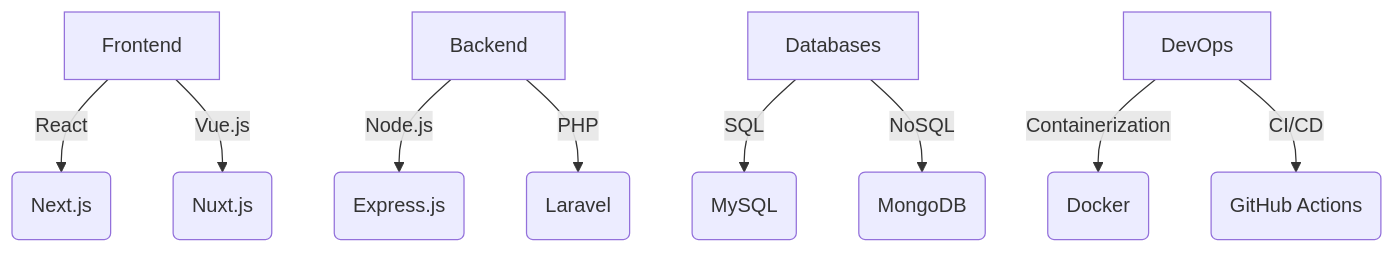
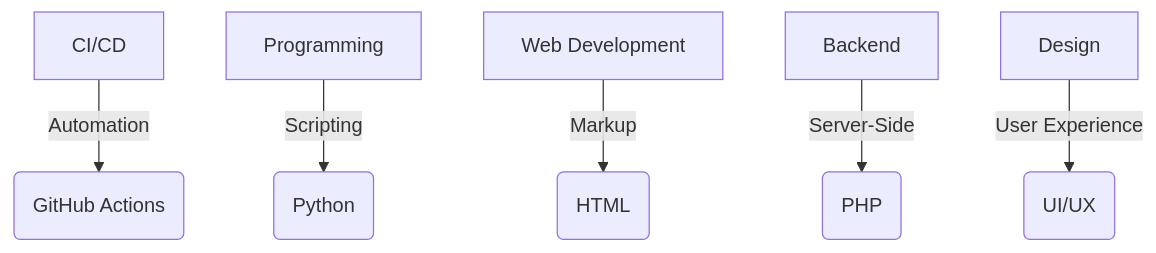
One commit to ammar3544/ammar3544 changed the diagram in README.md. Above: the diagram before and after it, drawn with Mermaid. The commit also changed other lines of this file, not shown here.

````diff
--- a/README.md
+++ b/README.md
@@ -37,11 +36,8 @@
 ```mermaid
 graph TD;
-  A[Frontend] -->|React| B(Next.js);
-  A -->|Vue.js| C(Nuxt.js);
-  D[Backend] -->|Node.js| E(Express.js);
-  D -->|PHP| F(Laravel);
-  G[Databases] -->|SQL| H(MySQL);
-  G -->|NoSQL| I(MongoDB);
-  J[DevOps] -->|Containerization| K(Docker);
-  J -->|CI/CD| L(GitHub Actions);
+  A[CI/CD] -->|Automation| B(GitHub Actions);
+  C[Programming] -->|Scripting| D(Python);
+  E[Web Development] -->|Markup| F(HTML);
+  G[Backend] -->|Server-Side| H(PHP);
+  I[Design] -->|User Experience| J(UI/UX);
 ```
````
